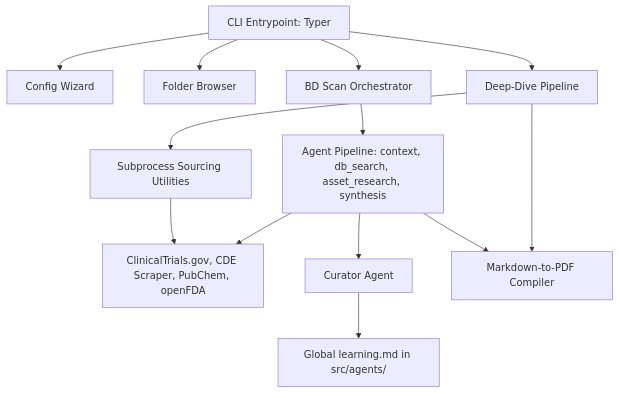
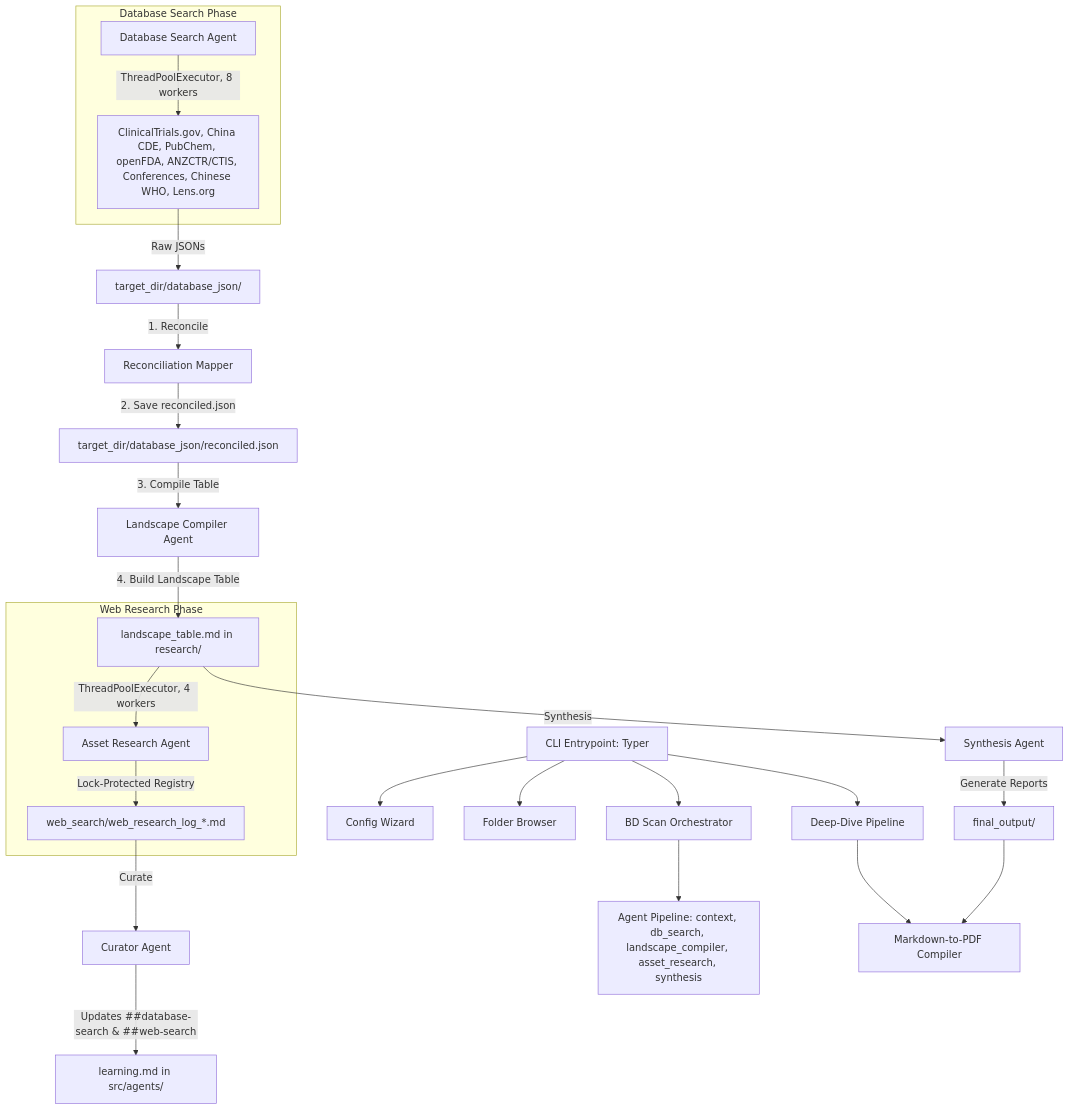
The diagram in docs/architecture.md (Ruinius/biotech-analyst-cli), drawn with Mermaid before and after one commit. The commit also changed other lines of this file and 8 other files, not shown here.

````diff
--- a/docs/architecture.md
+++ b/docs/architecture.md
@@ -11,19 +13,33 @@
 ```mermaid
 graph TD
     CLI[CLI Entrypoint: Typer] --> config[Config Wizard]
     CLI --> folder[Folder Browser]
     CLI --> bdscan[BD Scan Orchestrator]
     CLI --> deepdive[Deep-Dive Pipeline]
 
-    bdscan --> Agents[Agent Pipeline: context, db_search, asset_research, synthesis]
-    deepdive --> fetch[Subprocess Sourcing Utilities]
+    bdscan --> Agents[Agent Pipeline: context, db_search, landscape_compiler, asset_research, synthesis]
 
-    fetch --> Registry[ClinicalTrials.gov, CDE Scraper, PubChem, openFDA]
-    Agents --> Registry
+    subgraph Database Search Phase
+        db_search[Database Search Agent] -->|ThreadPoolExecutor, 8 workers| Registry[ClinicalTrials.gov, China CDE, PubChem, openFDA, ANZCTR/CTIS, Conferences, Chinese WHO, Lens.org]
+    end
 
-    Agents --> Curator[Curator Agent]
-    Curator --> GlobalLearning[Global learning.md in src/agents/]
+    Registry -->|Raw JSONs| DB_JSON[target_dir/database_json/]
+    DB_JSON -->|1. Reconcile| Mapper[Reconciliation Mapper]
+    Mapper -->|2. Save reconciled.json| ReconciledJSON[target_dir/database_json/reconciled.json]
 
-    Agents --> PDF[Markdown-to-PDF Compiler]
+    ReconciledJSON -->|3. Compile Table| Compiler[Landscape Compiler Agent]
+    Compiler -->|4. Build Landscape Table| BigTable[landscape_table.md in research/]
+
+    subgraph Web Research Phase
+        BigTable -->|ThreadPoolExecutor, 4 workers| AssetResearch[Asset Research Agent]
+        AssetResearch -->|Lock-Protected Registry| WebLogs[web_search/web_research_log_*.md]
+    end
+
+    WebLogs -->|Curate| Curator[Curator Agent]
+    Curator -->|Updates ##database-search & ##web-search| GlobalLearning[learning.md in src/agents/]
+
+    BigTable -->|Synthesis| Synthesis[Synthesis Agent]
+    Synthesis -->|Generate Reports| FinalOut[final_output/]
+    FinalOut --> PDF[Markdown-to-PDF Compiler]
     deepdive --> PDF
 ```
````
